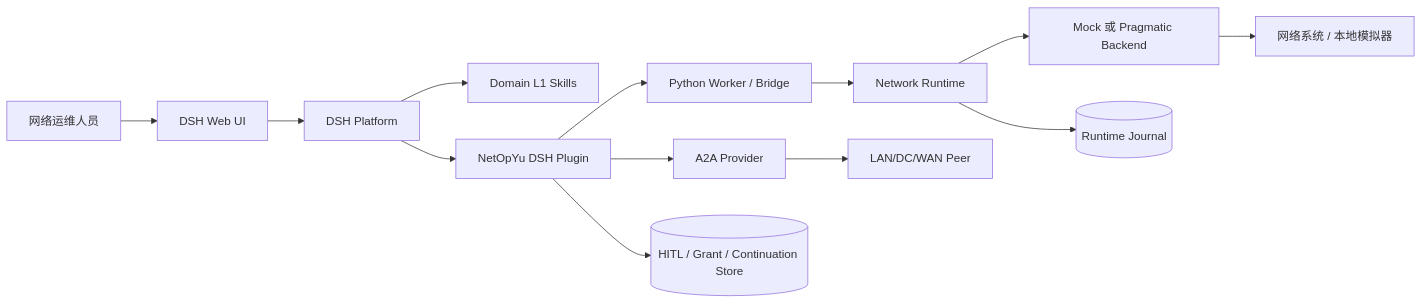
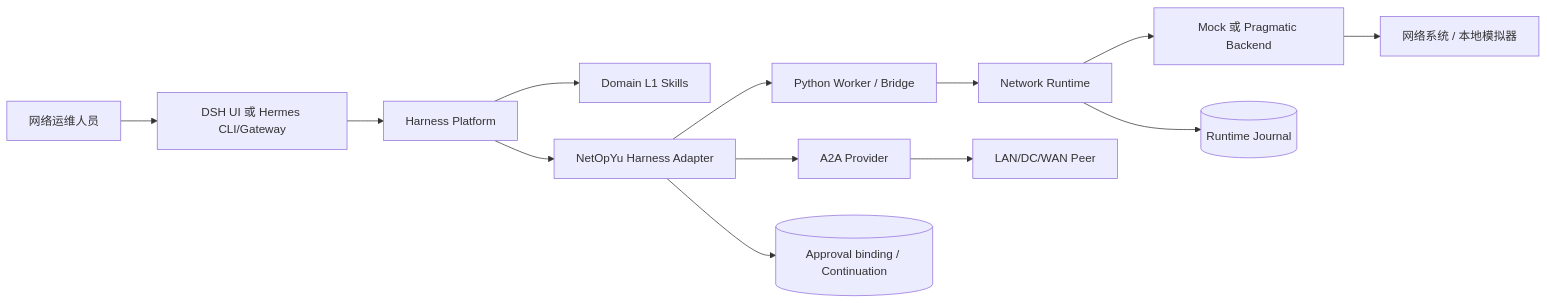
The first of 2 diagrams in HLD.md (kevinyjk25/NetOpYuAgent), drawn with Mermaid before and after one commit. The commit also changed other lines of this file and 18 other files, not shown here.

Commit message:
L0 harness adapter for Hermes

````diff
--- a/HLD.md
+++ b/HLD.md
@@ -28,15 +28,15 @@
 ```mermaid
 flowchart LR
-    O[网络运维人员] --> UI[DSH Web UI]
-    UI --> DSH[DSH Platform]
+    O[网络运维人员] --> UI[DSH UI 或 Hermes CLI/Gateway]
+    UI --> DSH[Harness Platform]
     DSH --> L1[Domain L1 Skills]
-    DSH --> P[NetOpYu DSH Plugin]
+    DSH --> P[NetOpYu Harness Adapter]
     P --> W[Python Worker / Bridge]
     W --> NR[Network Runtime]
     NR --> B[Mock 或 Pragmatic Backend]
     B --> N[网络系统 / 本地模拟器]
     P --> A2A[A2A Provider]
     A2A --> PEER[LAN/DC/WAN Peer]
     NR --> J[(Runtime Journal)]
-    P --> H[(HITL / Grant / Continuation Store)]
+    P --> H[(Approval binding / Continuation)]
 ```
````
